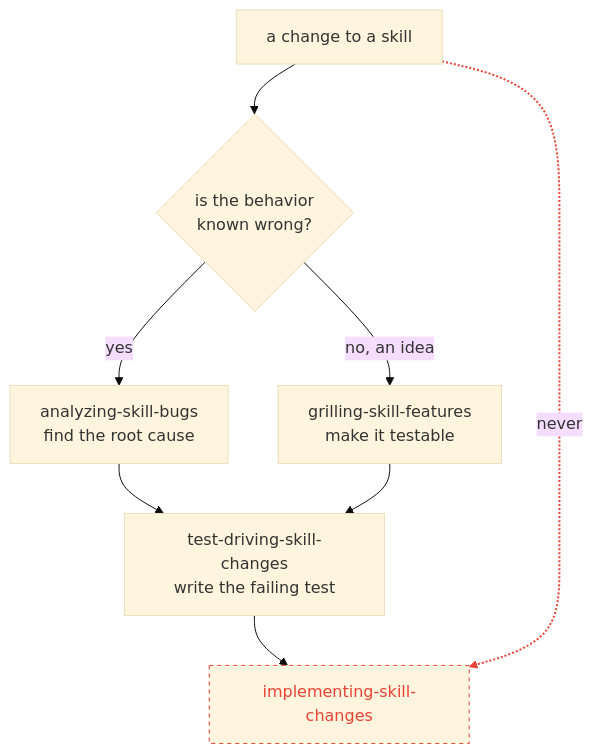
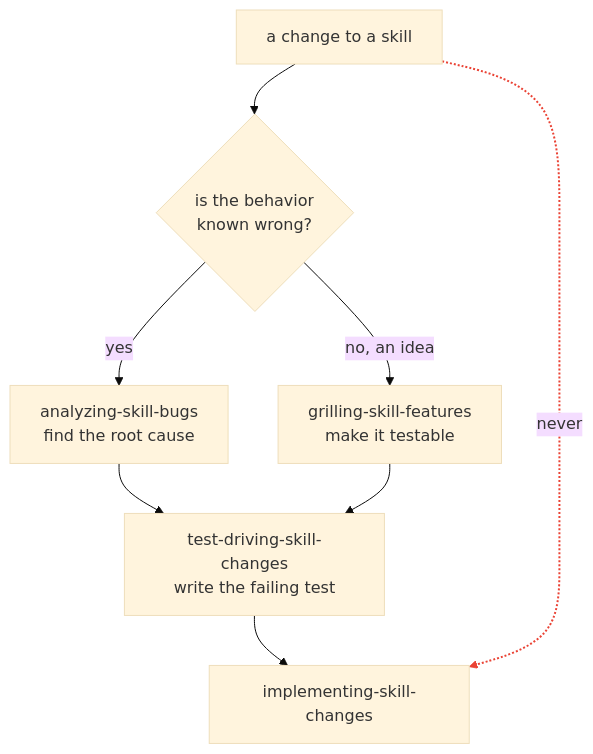
One commit to opsmill/infrahub-skills changed the second of 2 diagrams in docs/docs/contributing/skill-change-pipeline.mdx. Above: the diagram before and after it, drawn with Mermaid (base theme).

Commit message:
docs: put the prohibition on the barred edge, not on the stage

````diff
--- a/docs/docs/contributing/skill-change-pipeline.mdx
+++ b/docs/docs/contributing/skill-change-pipeline.mdx
@@ -55,18 +55,16 @@
 ```mermaid
 flowchart TB
   start["a change to a skill"] --> q{"is the behavior
 known wrong?"}
   q -->|"yes"| analyze["analyzing-skill-bugs
 find the root cause"]
   q -->|"no, an idea"| grill["grilling-skill-features
 make it testable"]
   analyze --> test["test-driving-skill-changes
 write the failing test"]
   grill --> test
   test --> impl["implementing-skill-changes"]
   start -.->|"never"| impl
 
-  classDef banned stroke-dasharray: 4 4,stroke:#ea4335,color:#ea4335
-  class impl banned
   linkStyle 6 stroke:#ea4335,stroke-width:2px
 ```
````
